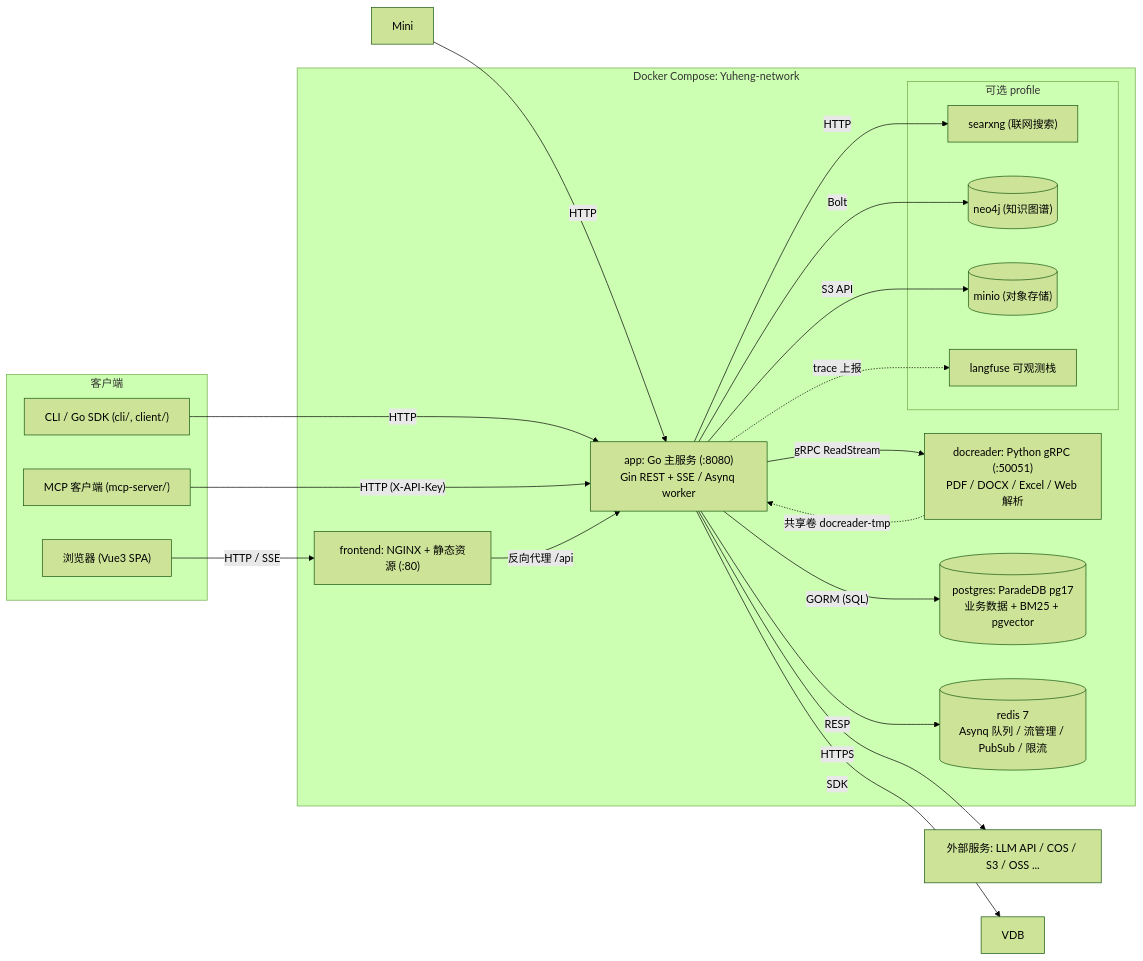
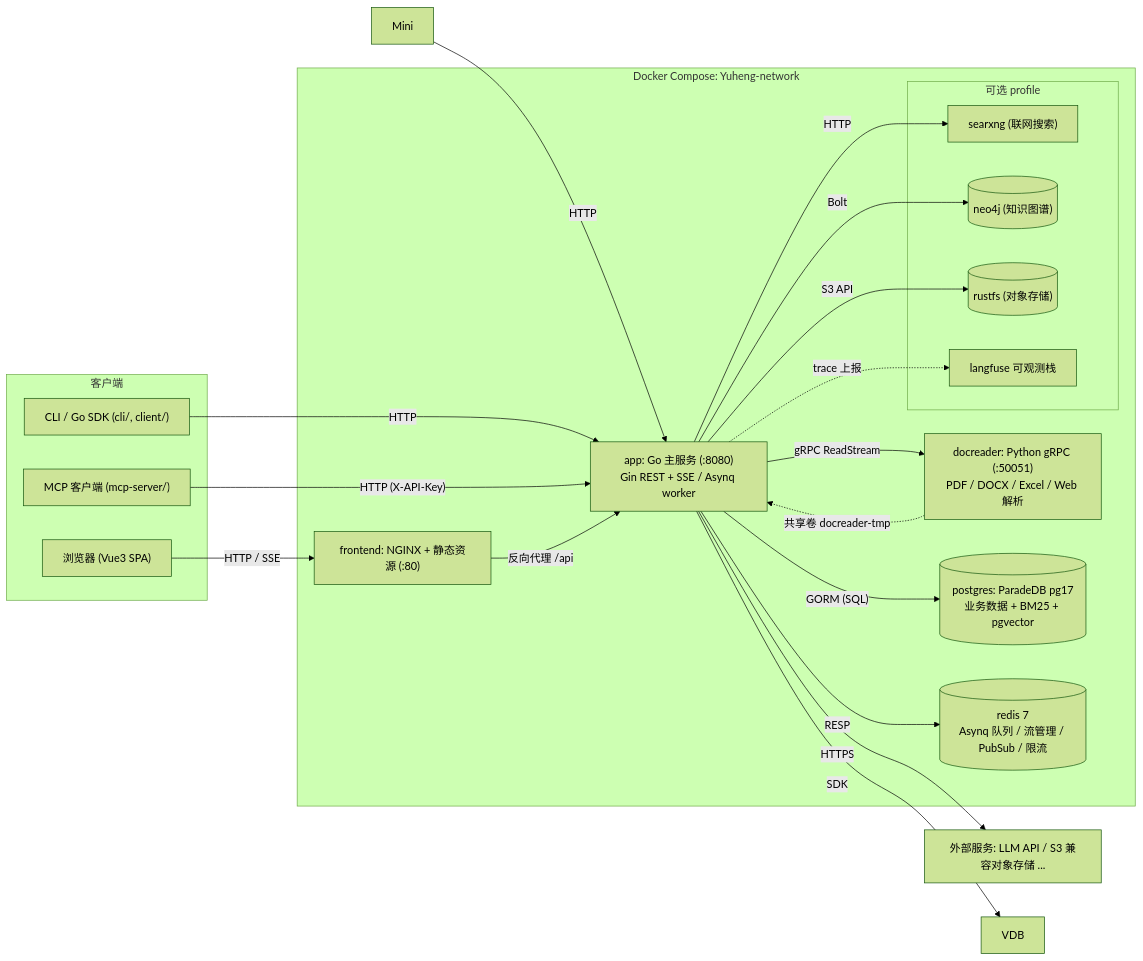
One commit to magicyuan876/Yuheng changed the first of 2 diagrams in website-docs/02-architecture/01-overview.md. Above: the diagram before and after it, drawn with Mermaid (forest theme). The commit also changed other lines of this file and 47 other files, not shown here.

````diff
--- a/website-docs/02-architecture/01-overview.md
+++ b/website-docs/02-architecture/01-overview.md
@@ -80,40 +80,40 @@
 ```mermaid
 graph LR
     subgraph Clients["客户端"]
         Browser["浏览器 (Vue3 SPA)"]
         CLI["CLI / Go SDK (cli/, client/)"]
         MCPC["MCP 客户端 (mcp-server/)"]
     end
 
     subgraph Compose["Docker Compose: Yuheng-network"]
         FE["frontend: NGINX + 静态资源 (:80)"]
         APP["app: Go 主服务 (:8080)<br/>Gin REST + SSE / Asynq worker"]
         DR["docreader: Python gRPC (:50051)<br/>PDF / DOCX / Excel / Web 解析"]
         PG[("postgres: ParadeDB pg17<br/>业务数据 + BM25 + pgvector")]
         RD[("redis 7<br/>Asynq 队列 / 流管理 / PubSub / 限流")]
         subgraph Optional["可选 profile"]
             SX["searxng (联网搜索)"]
             NEO[("neo4j (知识图谱)")]
-            MINIO[("minio (对象存储)")]
+            RUSTFS[("rustfs (对象存储)")]
             LF["langfuse 可观测栈"]
         end
     end
 
-    EXT["外部服务: LLM API / COS / S3 / OSS ..."]
+    EXT["外部服务: LLM API / S3 兼容对象存储 ..."]
 
     Browser -->|"HTTP / SSE"| FE
     Mini -->|"HTTP"| APP
     CLI -->|"HTTP"| APP
     MCPC -->|"HTTP (X-API-Key)"| APP
     FE -->|"反向代理 /api"| APP
     APP -->|"gRPC ReadStream"| DR
     APP -->|"GORM (SQL)"| PG
     APP -->|"RESP"| RD
     APP -->|"HTTP"| SX
     APP -->|"Bolt"| NEO
     APP -->|"SDK"| VDB
-    APP -->|"S3 API"| MINIO
+    APP -->|"S3 API"| RUSTFS
     APP -->|"HTTPS"| EXT
     APP -.->|"trace 上报"| LF
     DR -.->|"共享卷 docreader-tmp"| APP
 ```
````
